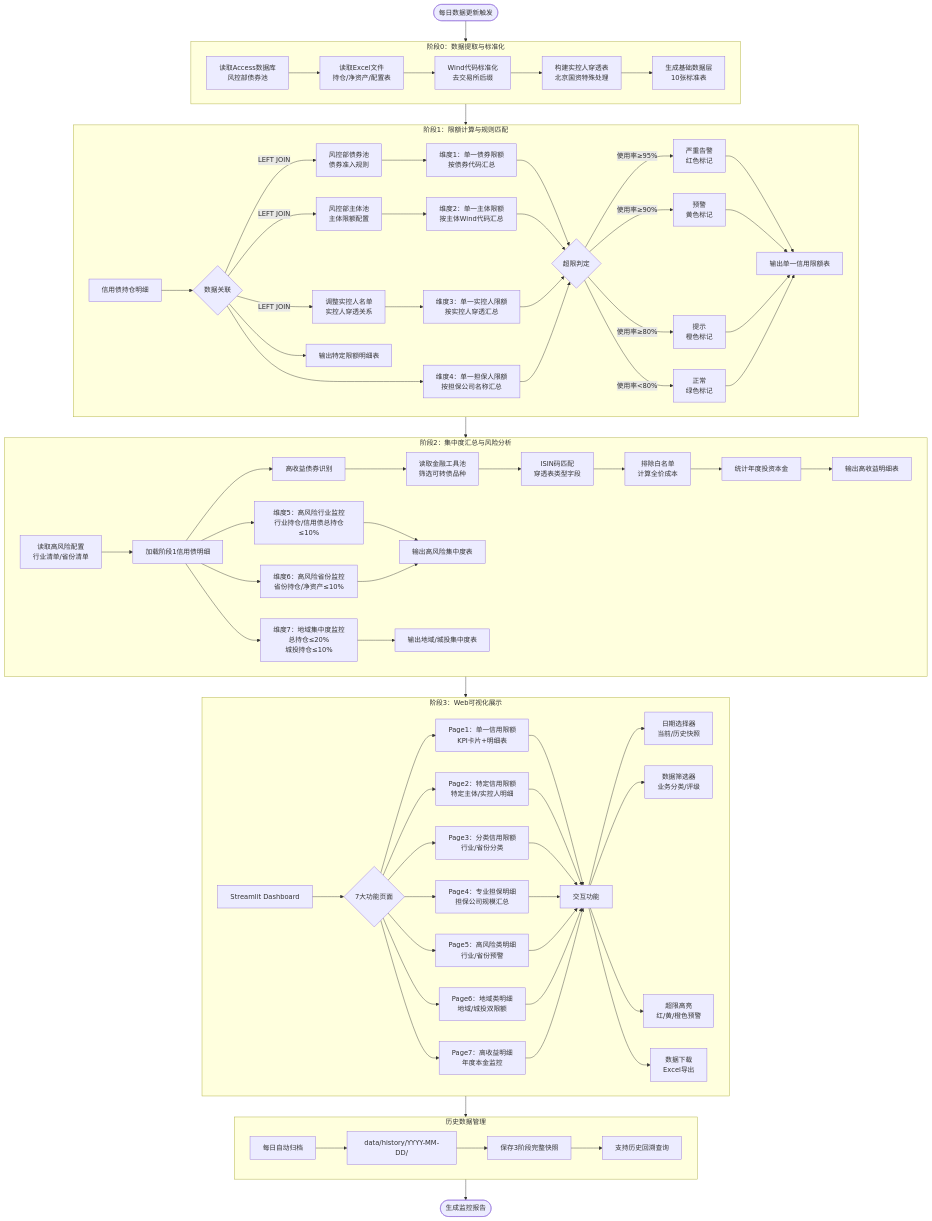
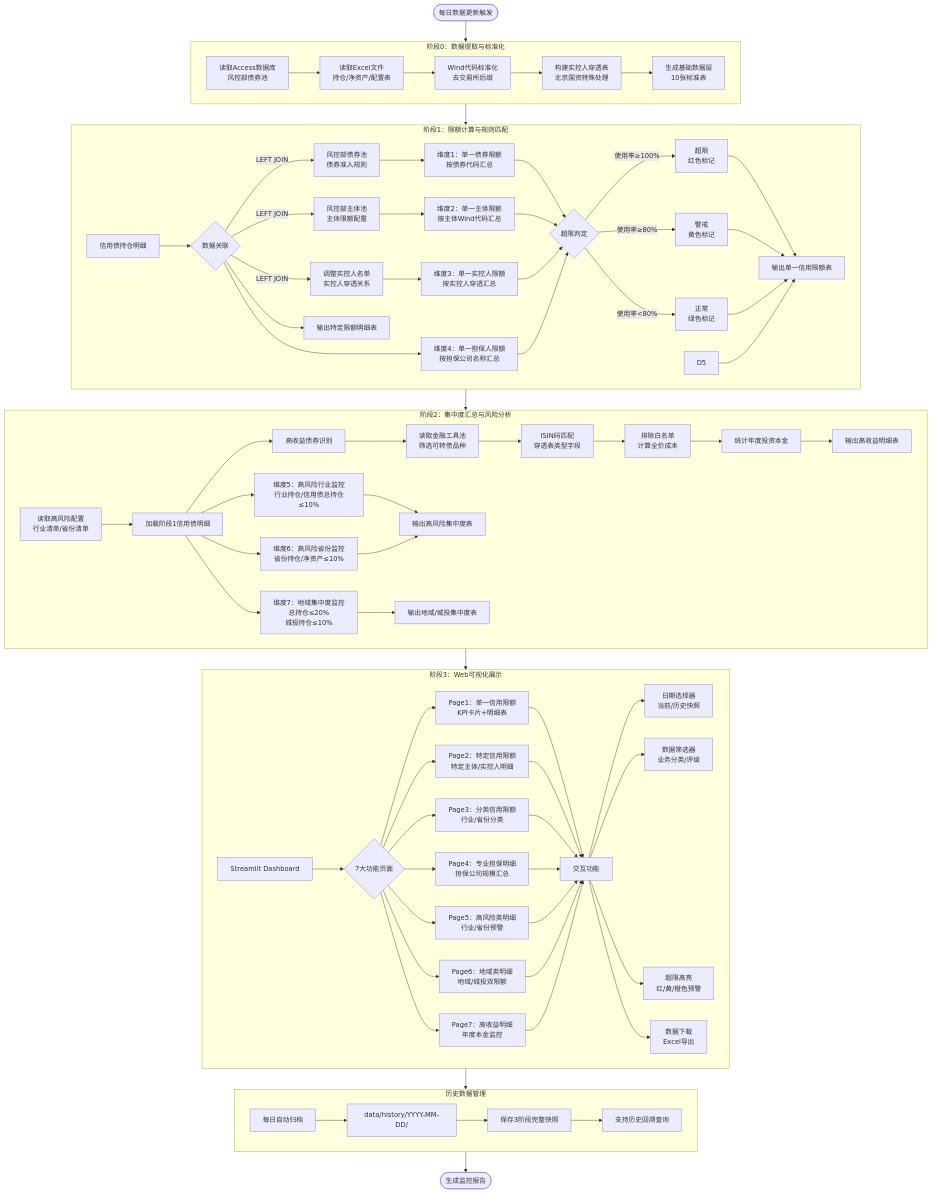
One commit to DellaWang03/LimitMonitor changed the diagram in diagrams/投后限额监控业务逻辑梳理.md. Above: the diagram before and after it, drawn with Mermaid. The commit also changed other lines of this file and 83 other files, not shown here.

```diff
--- a/diagrams/投后限额监控业务逻辑梳理.md
+++ b/diagrams/投后限额监控业务逻辑梳理.md
@@ -174,10 +174,9 @@
         C3 --> D1
         C4 --> D1
 
-        D1 -->|使用率≥95%| D2[严重告警<br/>红色标记]
-        D1 -->|使用率≥90%| D3[预警<br/>黄色标记]
-        D1 -->|使用率≥80%| D4[提示<br/>橙色标记]
-        D1 -->|使用率<80%| D5[正常<br/>绿色标记]
+        D1 -->|使用率≥100%| D2[超限<br/>红色标记]
+        D1 -->|使用率≥80%| D3[警戒<br/>黄色标记]
+        D1 -->|使用率<80%| D4[正常<br/>绿色标记]
 
         D2 --> E1[输出单一信用限额表]
         D3 --> E1
```
